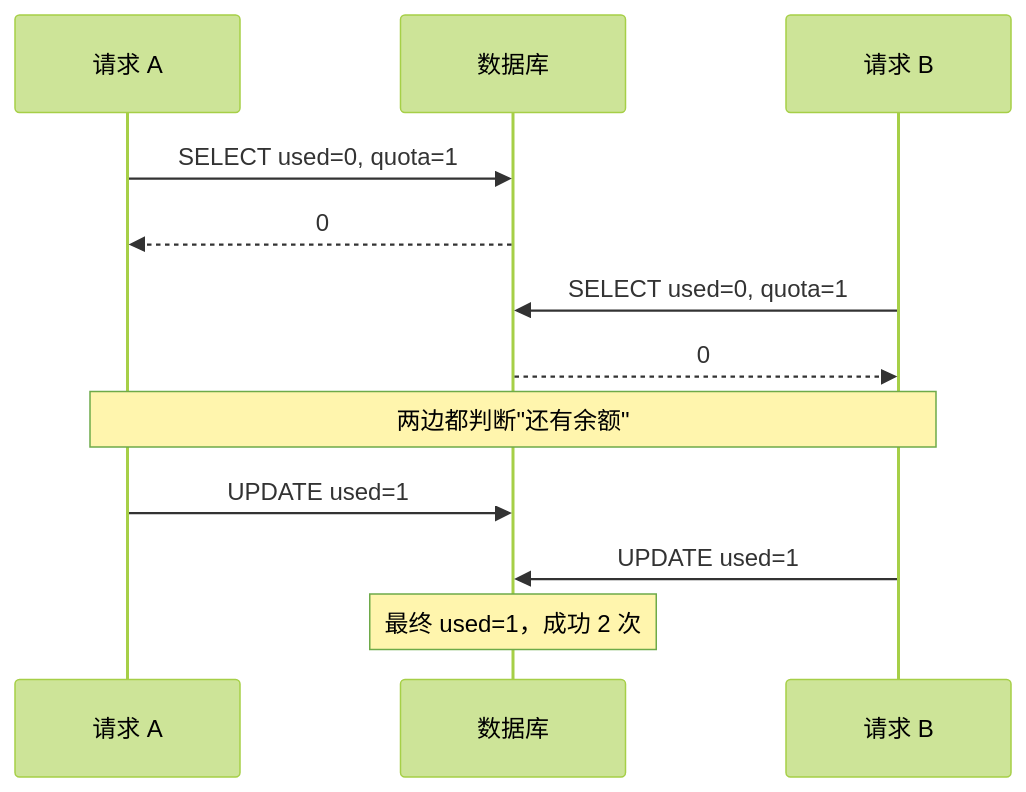
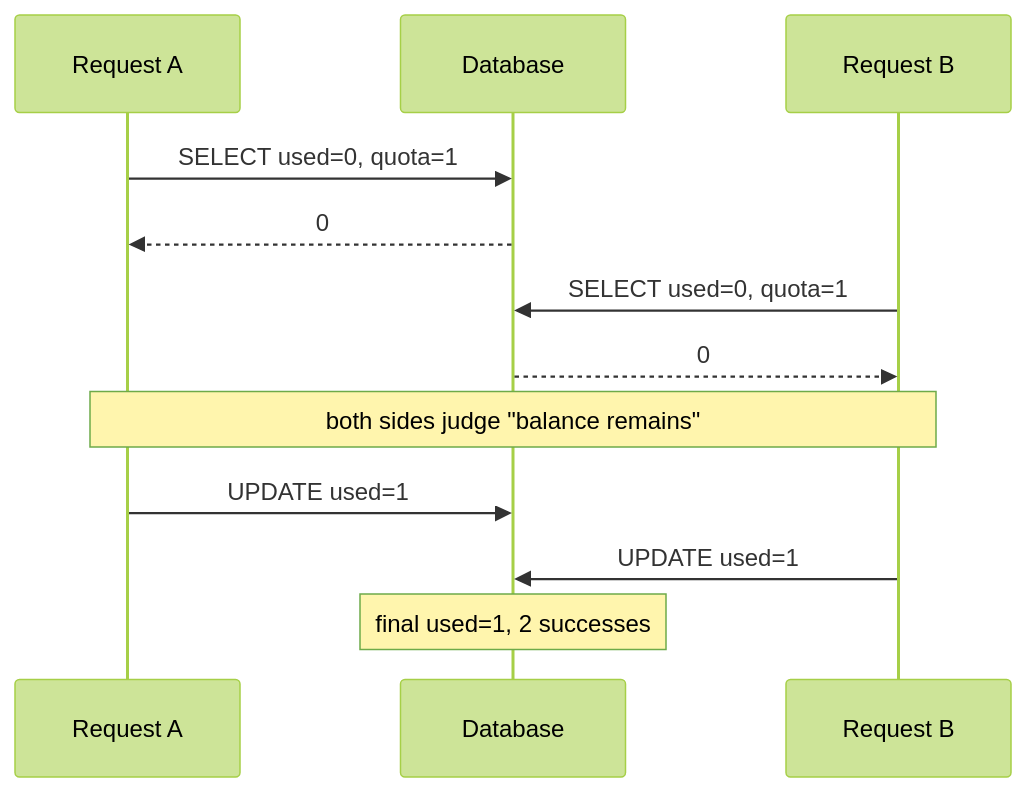
Before and after one commit to xzlxiao/vibe-coding-textbook: the first of 2 diagrams in phase3/chapters/ch08-blind-spots.md, drawn with Mermaid (forest theme). The commit also changed other lines of this file and 12 other files, not shown here.

````diff
--- a/phase3/chapters/ch08-blind-spots.md
+++ b/phase3/chapters/ch08-blind-spots.md
@@ -74,14 +74,14 @@
 ```mermaid
 sequenceDiagram
-    participant A as 请求 A
-    participant DB as 数据库
-    participant B as 请求 B
+    participant A as Request A
+    participant DB as Database
+    participant B as Request B
     A->>DB: SELECT used=0, quota=1
     DB-->>A: 0
     B->>DB: SELECT used=0, quota=1
     DB-->>B: 0
-    Note over A,B: 两边都判断"还有余额"
+    Note over A,B: both sides judge "balance remains"
     A->>DB: UPDATE used=1
     B->>DB: UPDATE used=1
-    Note over DB: 最终 used=1，成功 2 次
+    Note over DB: final used=1, 2 successes
 ```
````
